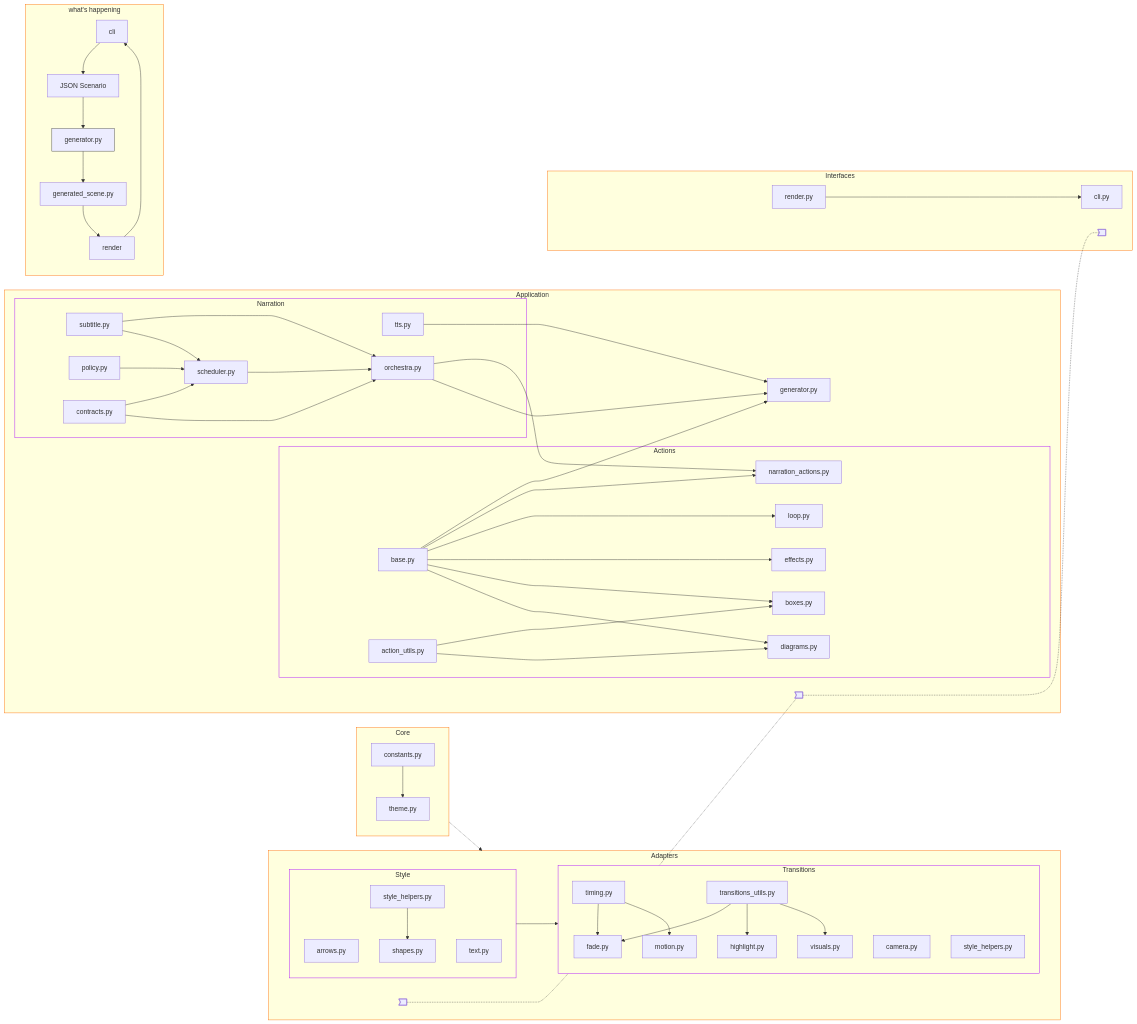
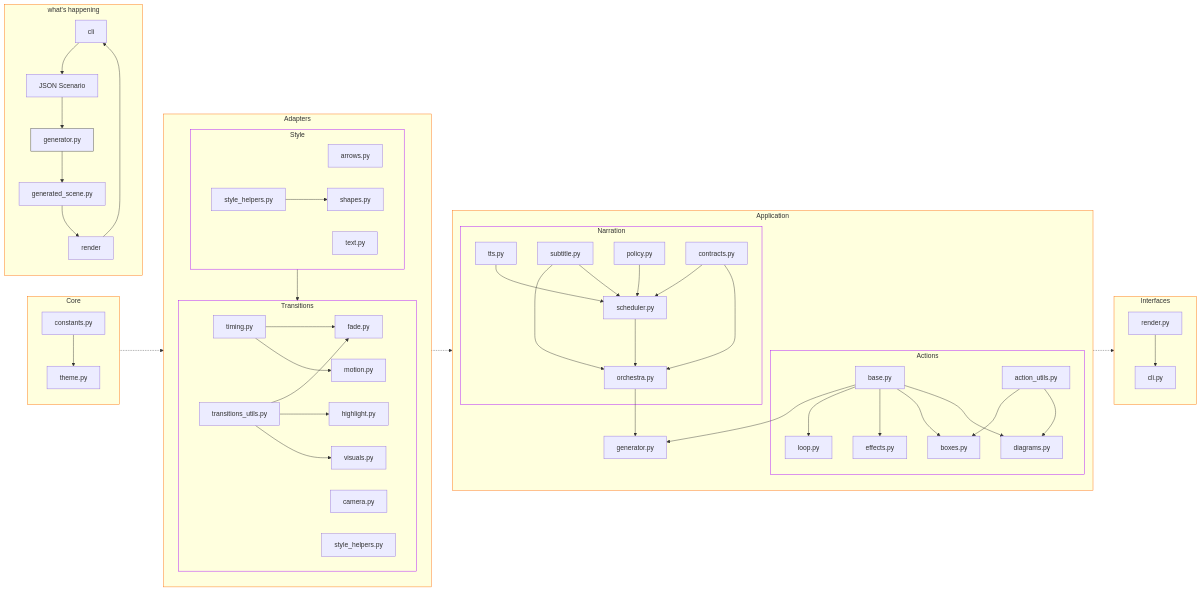
Before and after one commit to cosmicdeveloper-lab/CosmicAnimator: the diagram in README.md, drawn with Mermaid.

Commit message:
docs: update Mermaid diagram in README

```diff
--- a/README.md
+++ b/README.md
@@ -40,10 +40,9 @@
         SH["style_helpers.py"]
   end
  subgraph Adapters["Adapters"]
-        AdaptersStart>" "]
         Style
         Transitions
-        
+
   end
  subgraph Actions["Actions"]
         AC["base.py"]
@@ -52,7 +51,6 @@
         AC3["boxes.py"]
         AC4["effects.py"]
         AC5["loop.py"]
-        AC6["narration_actions.py"]
   end
  subgraph Narration["Narration"]
         NV["tts.py"]
@@ -65,13 +63,11 @@
  subgraph Application["Application"]
         Actions
         Narration
-        ApplicationStart>" "]
         G["generator.py"]
   end
  subgraph Interfaces["Interfaces"]
         RE["render.py"]
         CLI["cli.py"]
-        InterfacesStart>" "]
   end
  subgraph Flow["what's happening"]
         CL["cli"]
@@ -84,16 +80,15 @@
     ST3 --> ST4
     TU --> TF & TH & TV
     TM --> TF & TMN
-    AC --> AC2 & AC3 & AC4 & AC5 & AC6 & G
+    AC --> AC2 & AC3 & AC4 & AC5  & G
     AC1 --> AC2 & AC3
     NS --> SCH
     PL --> SCH
     SCH --> NG
-    CN --> NG
-    CN --> SCH
+    CN --> NG & SCH
     NS --> NG
-    NV --> G
-    NG --> G & AC6
+    NV --> SCH
+    NG --> G
     RE --> CLI
     CL --> JS
     JS --> GN
@@ -102,8 +97,8 @@
     RN --> CL
     Style --> Transitions
     Core -.-> Adapters
-    AdaptersStart -.- ApplicationStart
-    ApplicationStart -.- InterfacesStart
+    Adapters -.-> Application
+    Application -.->  Interfaces
     style Style stroke:#AA00FF
     style Transitions stroke:#AA00FF
     style Actions stroke:#AA00FF
```
